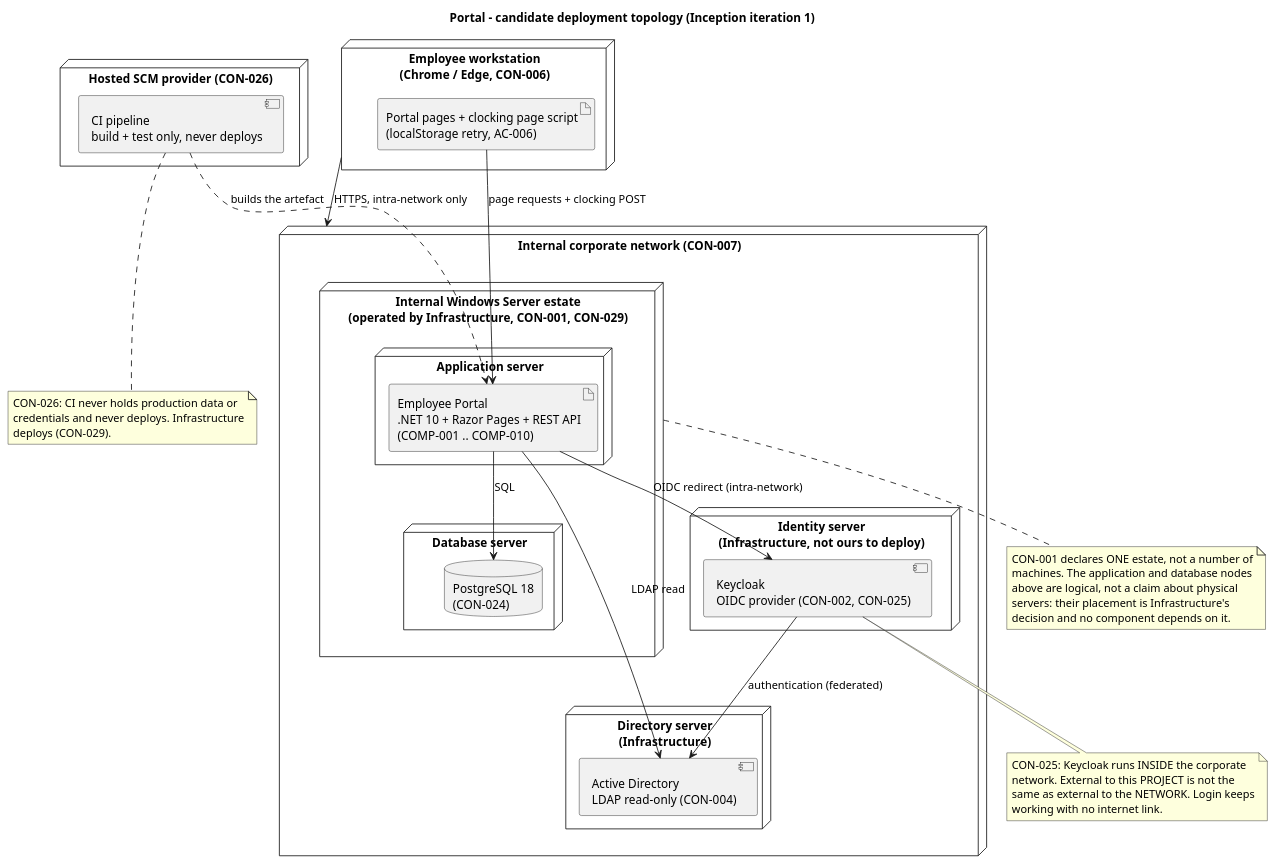
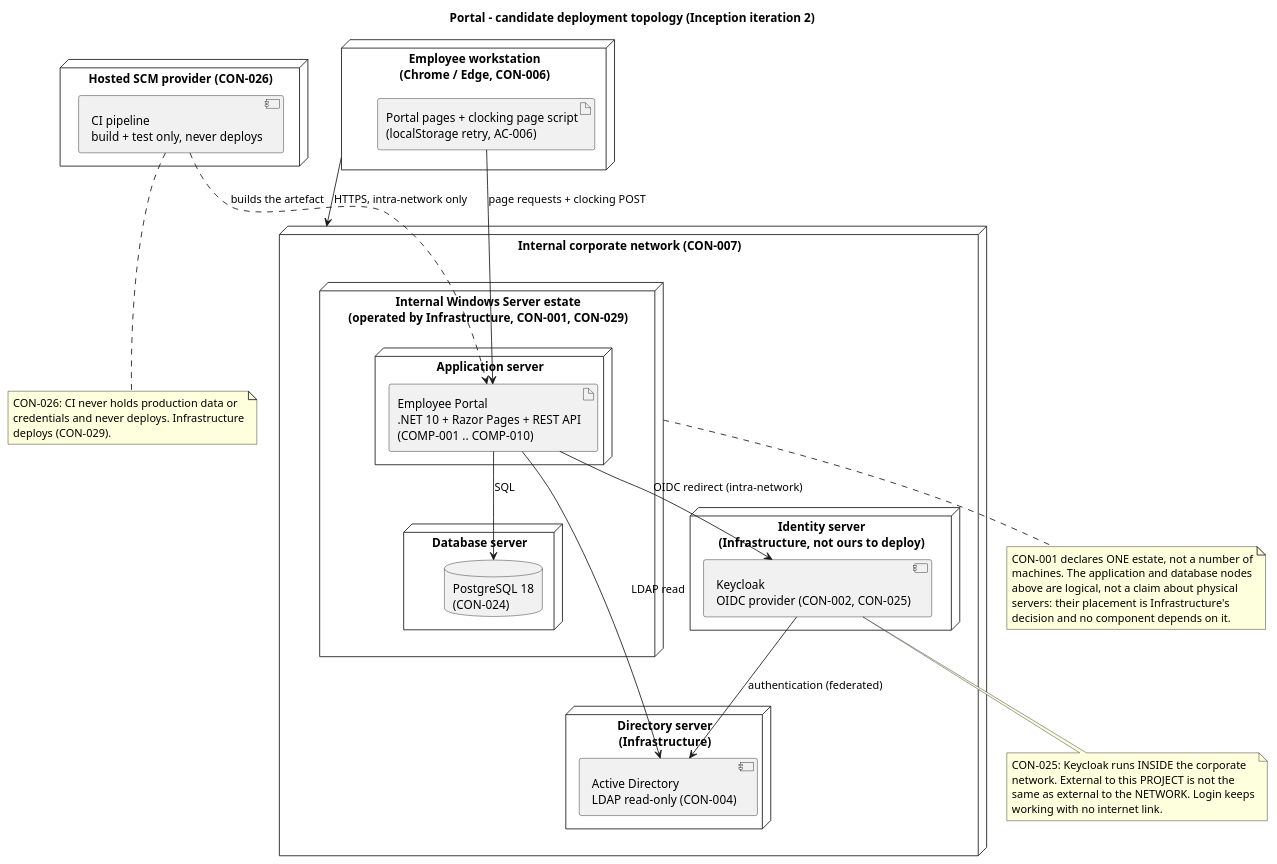
The eighth of 8 diagrams in docs/artifacts/analysis---design/software-architecture-document.md (banense-test/portal), drawn with PlantUML before and after one commit. The commit also changed other lines of this file, not shown here.

Commit message:
Software Architect [I2]: upsert Software Architecture Document
[skip ci]

````diff
--- a/docs/artifacts/analysis---design/software-architecture-document.md
+++ b/docs/artifacts/analysis---design/software-architecture-document.md
@@ -808,62 +808,62 @@
 ```plantuml
 @startuml Portal_Deployment
-title Portal - candidate deployment topology (Inception iteration 1)
+title Portal - candidate deployment topology (Inception iteration 2)
 
 node "Employee workstation\n(Chrome / Edge, CON-006)" as WS {
   artifact "Portal pages + clocking page script\n(localStorage retry, AC-006)" as BROWSER
 }
 
 node "Internal corporate network (CON-007)" as NET {
 
   node "Internal Windows Server estate\n(operated by Infrastructure, CON-001, CON-029)" as ESTATE {
     node "Application server" as APPSRV {
       artifact "Employee Portal\n.NET 10 + Razor Pages + REST API\n(COMP-001 .. COMP-010)" as APP
     }
     node "Database server" as DBSRV {
       database "PostgreSQL 18\n(CON-024)" as PG
     }
   }
 
   node "Identity server\n(Infrastructure, not ours to deploy)" as IDSRV {
     component "Keycloak\nOIDC provider (CON-002, CON-025)" as KC
   }
 
   node "Directory server\n(Infrastructure)" as DIRSRV {
     component "Active Directory\nLDAP read-only (CON-004)" as AD
   }
 }
 
 node "Hosted SCM provider (CON-026)" as CI {
   component "CI pipeline\nbuild + test only, never deploys" as PIPE
 }
 
 WS --> NET : HTTPS, intra-network only
 BROWSER --> APP : page requests + clocking POST
 APP --> PG : SQL
 APP --> KC : OIDC redirect (intra-network)
 APP --> AD : LDAP read
 KC --> AD : authentication (federated)
 PIPE ..> APP : builds the artefact
 
 note bottom of PIPE
   CON-026: CI never holds production data or
   credentials and never deploys. Infrastructure
   deploys (CON-029).
 end note
 
 note bottom of KC
   CON-025: Keycloak runs INSIDE the corporate
   network. External to this PROJECT is not the
   same as external to the NETWORK. Login keeps
   working with no internet link.
 end note
 
 note bottom of ESTATE
   CON-001 declares ONE estate, not a number of
   machines. The application and database nodes
   above are logical, not a claim about physical
   servers: their placement is Infrastructure's
   decision and no component depends on it.
 end note
 @enduml
 ```
````
